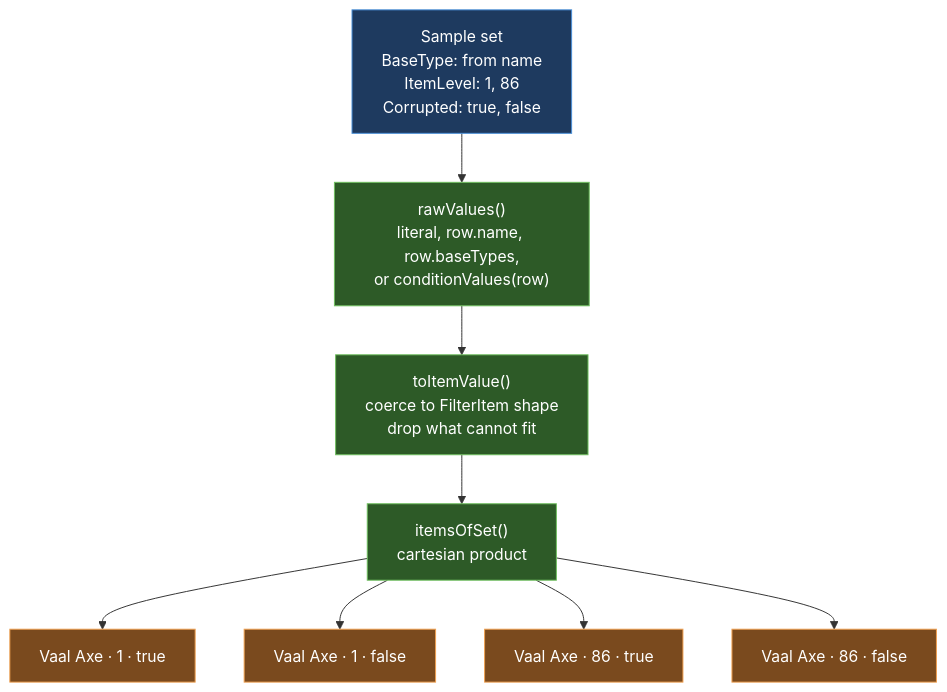
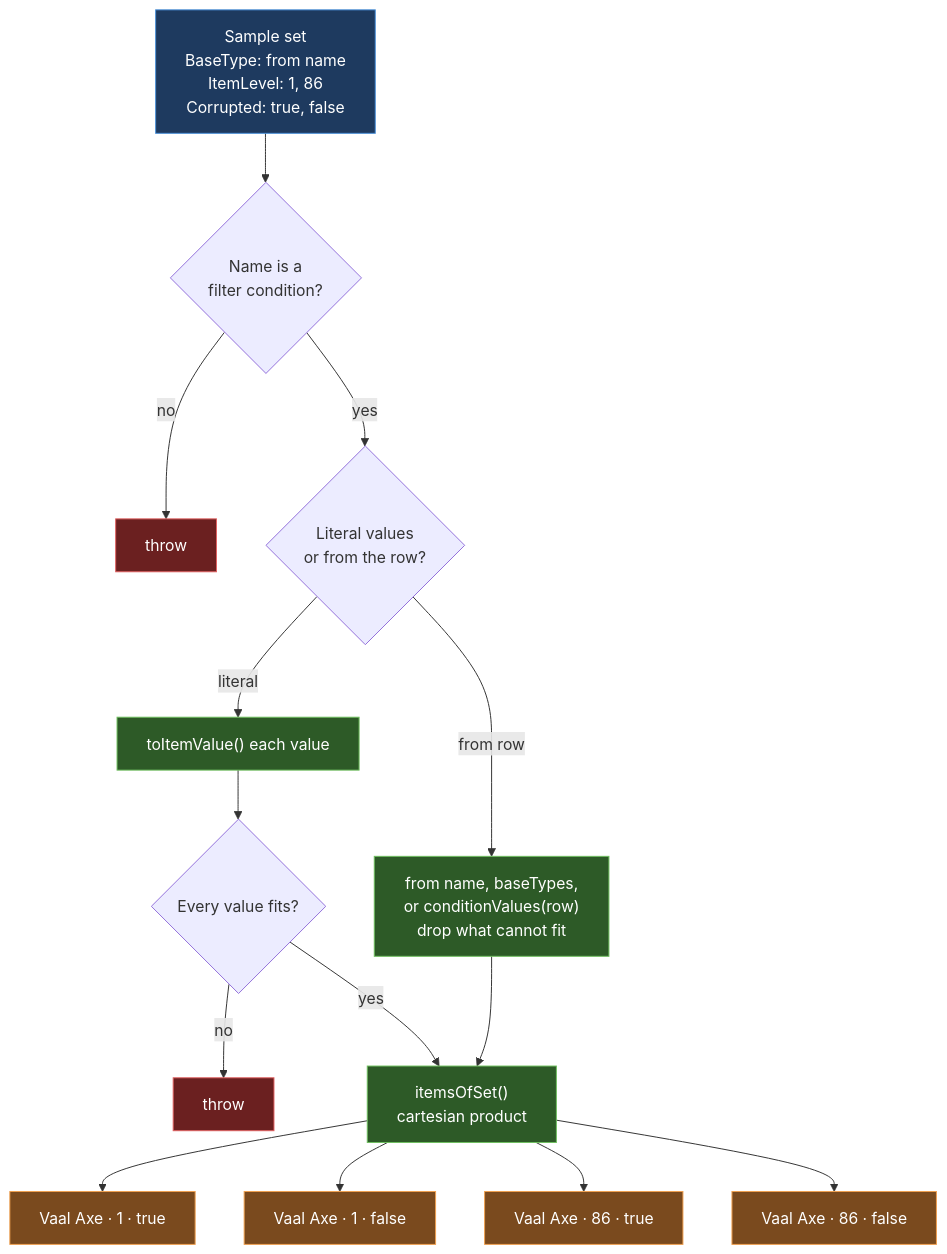
One commit to andreicaminschi/poe-stuff changed the second of 5 diagrams in docs/sample-validation.md. Above: the diagram before and after it, drawn with Mermaid. The commit also changed other lines of this file and 1 other file, not shown here.

````diff
--- a/docs/sample-validation.md
+++ b/docs/sample-validation.md
@@ -62,18 +64,30 @@
 ```mermaid
 flowchart TD
     classDef set fill:#1e3a5f,stroke:#4a90d9,color:#fff
     classDef step fill:#2d5a27,stroke:#6fbf5f,color:#fff
+    classDef err fill:#6b2020,stroke:#e06060,color:#fff
     classDef item fill:#7a4a1e,stroke:#f0a050,color:#fff
 
     SET["Sample set<br/>BaseType: from name<br/>ItemLevel: 1, 86<br/>Corrupted: true, false"]:::set
-    RAW["rawValues()<br/>literal, row.name, row.baseTypes,<br/>or conditionValues(row)"]:::step
-    CONV["toItemValue()<br/>coerce to FilterItem shape<br/>drop what cannot fit"]:::step
+    NAME{"Name is a<br/>filter condition?"}
+    E1["throw"]:::err
+    KIND{"Literal values<br/>or from the row?"}
+    LIT["toItemValue() each value"]:::step
+    FIT{"Every value fits?"}
+    E2["throw"]:::err
+    ROW["from name, baseTypes,<br/>or conditionValues(row)<br/>drop what cannot fit"]:::step
     PROD["itemsOfSet()<br/>cartesian product"]:::step
     I1["Vaal Axe · 1 · true"]:::item
     I2["Vaal Axe · 1 · false"]:::item
     I3["Vaal Axe · 86 · true"]:::item
     I4["Vaal Axe · 86 · false"]:::item
 
-    SET --> RAW --> CONV --> PROD
+    SET --> NAME
+    NAME -- no --> E1
+    NAME -- yes --> KIND
+    KIND -- literal --> LIT --> FIT
+    FIT -- no --> E2
+    FIT -- yes --> PROD
+    KIND -- from row --> ROW --> PROD
     PROD --> I1 & I2 & I3 & I4
 ```
````
